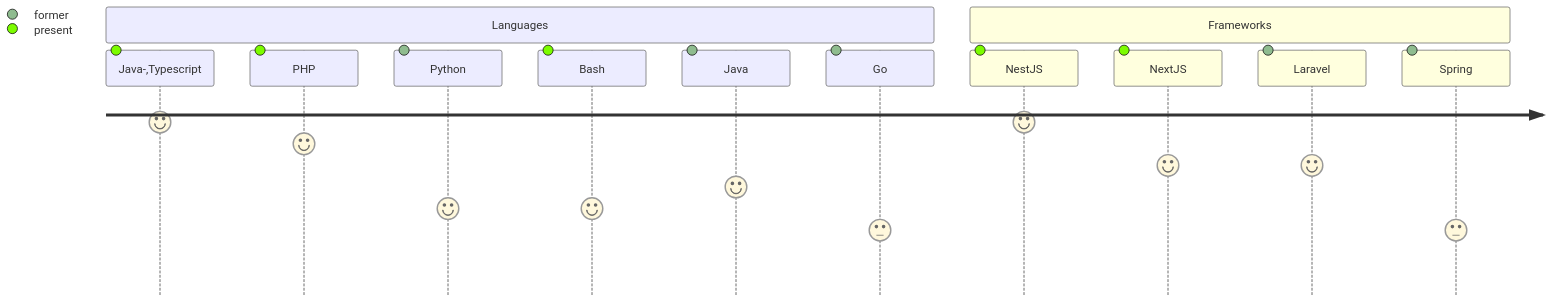
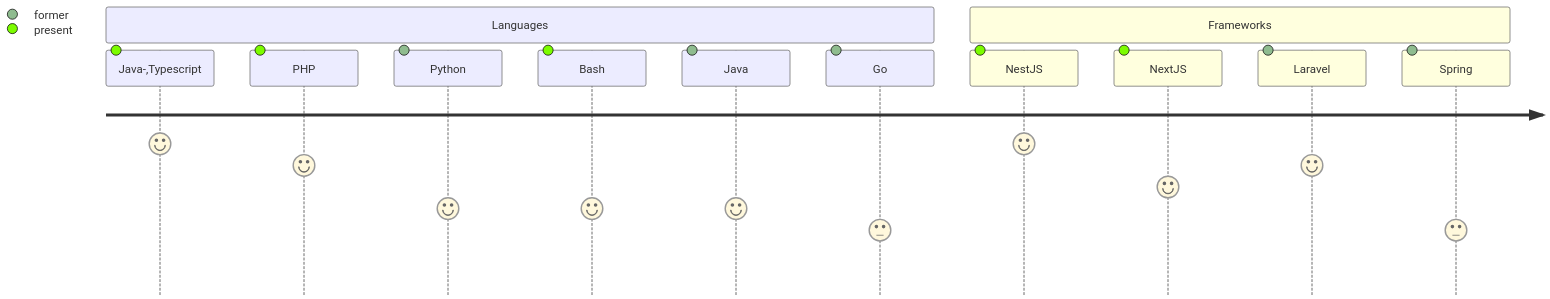
Before and after one commit to Lostbrokenkey/Lostbrokenkey: the first of 3 diagrams in README.md, drawn with Mermaid. The commit also changed other lines of this file, not shown here.

````diff
--- a/README.md
+++ b/README.md
@@ -24,17 +19,17 @@
 ```mermaid
 journey
     section Languages
-      Java-,Typescript: 8: present
-      PHP: 7: present
+      Java-,Typescript: 7: present
+      PHP: 6: present
       Python: 4: former
       Bash: 4: present
-      Java: 5: former
+      Java: 4: former
       Go: 3: former
 
     section Frameworks
-      NestJS: 8: present
-      NextJS: 6: present
+      NestJS: 7: present
+      NextJS: 5: present
       Laravel: 6: former
       Spring: 3: former
 
 ```
````
